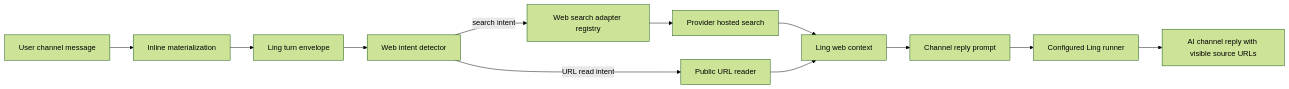
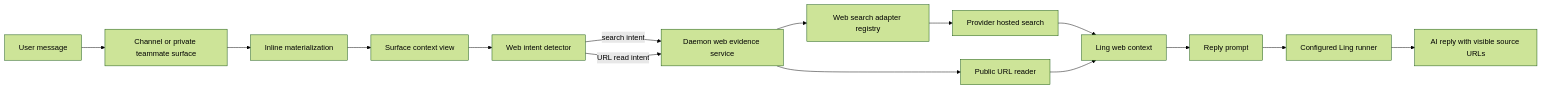
The first of 2 diagrams in docs/design/ling-web-tools.md (ling-stack-org/ling-stack), drawn with Mermaid (forest theme) before and after one commit. The commit also changed other lines of this file and 8 other files, not shown here.

Commit message:
feat: share web evidence across replies

````diff
--- a/docs/design/ling-web-tools.md
+++ b/docs/design/ling-web-tools.md
@@ -15,14 +15,17 @@
 ```mermaid
 flowchart LR
-  User["User channel message"] --> Materialize["Inline materialization"]
-  Materialize --> Envelope["Ling turn envelope"]
+  User["User message"] --> Surface["Channel or private teammate surface"]
+  Surface --> Materialize["Inline materialization"]
+  Materialize --> Envelope["Surface context view"]
   Envelope --> WebIntent["Web intent detector"]
-  WebIntent -->|search intent| Registry["Web search adapter registry"]
+  WebIntent -->|search intent| Evidence["Daemon web evidence service"]
+  Evidence --> Registry["Web search adapter registry"]
   Registry --> Search["Provider hosted search"]
-  WebIntent -->|URL read intent| ReadUrl["Public URL reader"]
+  WebIntent -->|URL read intent| Evidence
+  Evidence --> ReadUrl["Public URL reader"]
   Search --> Context["Ling web context"]
   ReadUrl --> Context
-  Context --> Prompt["Channel reply prompt"]
+  Context --> Prompt["Reply prompt"]
   Prompt --> Runner["Configured Ling runner"]
-  Runner --> Reply["AI channel reply with visible source URLs"]
+  Runner --> Reply["AI reply with visible source URLs"]
 ```
````
